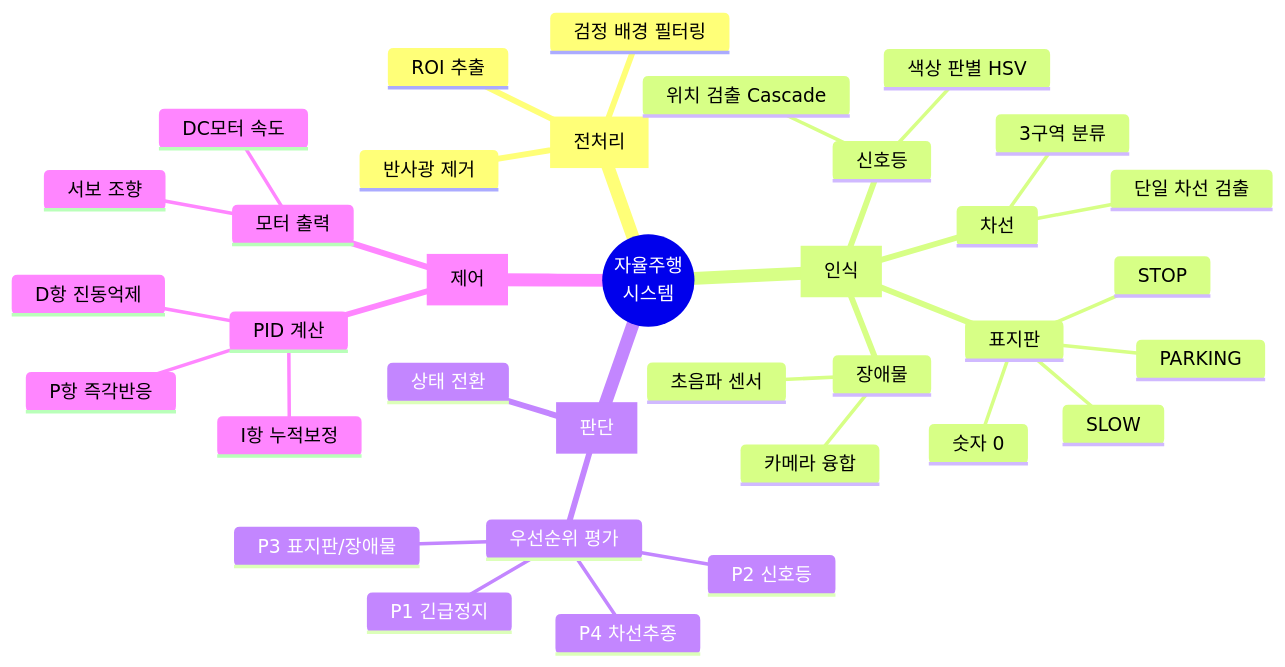
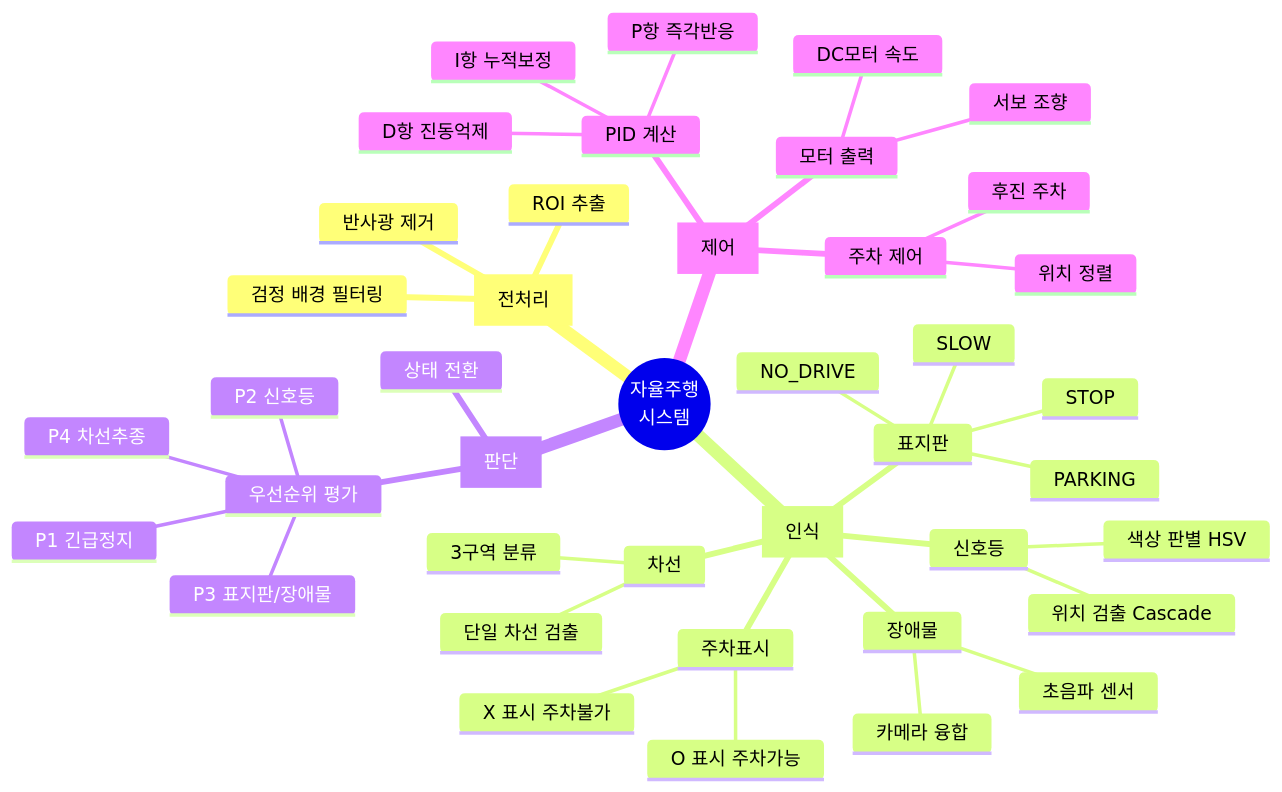
Diagram 44 of 45 in 06_final_self_driving/_1단계_요구사항_분석.md (Collegenie-X/Raspbot-v2-self-driving-car), drawn with Mermaid before and after one commit. The commit also changed other lines of this file and 7 other files, not shown here.

````diff
--- a/06_final_self_driving/_1단계_요구사항_분석.md
+++ b/06_final_self_driving/_1단계_요구사항_분석.md
@@ -2151,38 +2172,44 @@
 ```mermaid
 mindmap
   root((자율주행<br/>시스템))
     [전처리]
       검정 배경 필터링
       반사광 제거
       ROI 추출
     [인식]
       신호등
         위치 검출 Cascade
         색상 판별 HSV
       표지판
         STOP
         SLOW
         PARKING
-        숫자 0
+        NO_DRIVE
+      주차표시
+        O 표시 주차가능
+        X 표시 주차불가
       차선
         단일 차선 검출
         3구역 분류
       장애물
         초음파 센서
         카메라 융합
     [판단]
       우선순위 평가
         P1 긴급정지
         P2 신호등
         P3 표지판/장애물
         P4 차선추종
       상태 전환
     [제어]
       PID 계산
         P항 즉각반응
         I항 누적보정
         D항 진동억제
       모터 출력
         서보 조향
         DC모터 속도
+      주차 제어
+        위치 정렬
+        후진 주차
 ```
````
